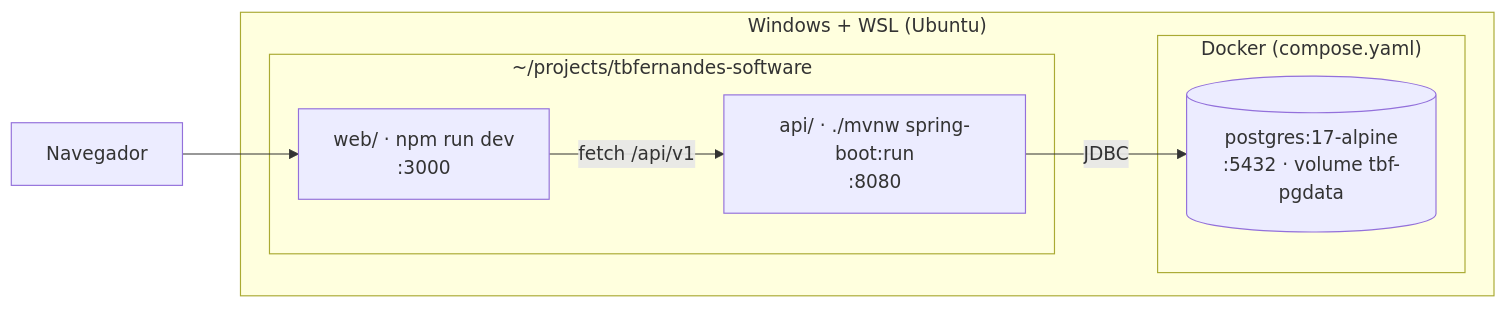
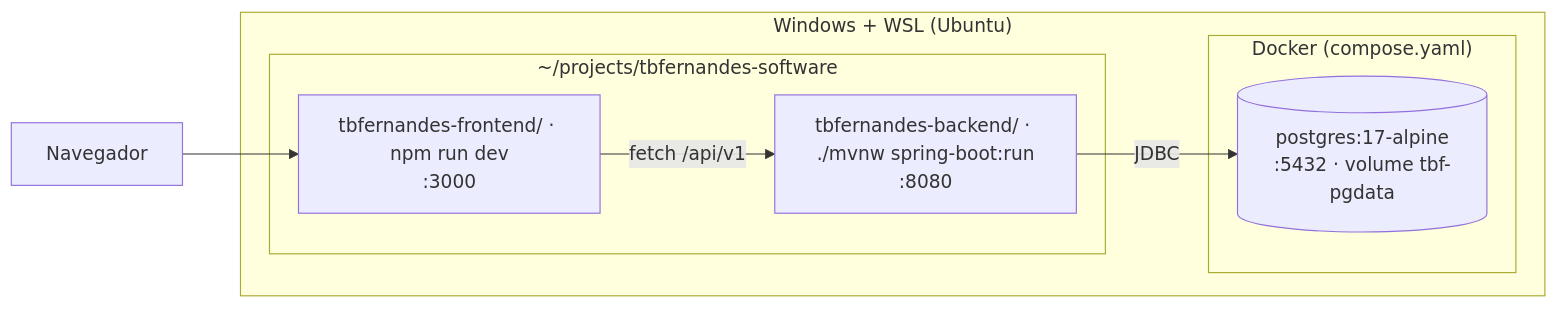
One commit to thiagobfernandes/tbfernandes-software changed the ninth of 9 diagrams in docs/backend/diagramas.md. Above: the diagram before and after it, drawn with Mermaid. The commit also changed other lines of this file and 454 other files, not shown here.

````diff
--- a/docs/backend/diagramas.md
+++ b/docs/backend/diagramas.md
@@ -426,15 +426,15 @@
 ```mermaid
 flowchart LR
     subgraph pc["Windows + WSL (Ubuntu)"]
         subgraph wsl["~/projects/tbfernandes-software"]
-            next["web/ · npm run dev<br/>:3000"]
-            boot["api/ · ./mvnw spring-boot:run<br/>:8080"]
+            next["tbfernandes-frontend/ · npm run dev<br/>:3000"]
+            boot["tbfernandes-backend/ · ./mvnw spring-boot:run<br/>:8080"]
         end
         subgraph docker["Docker (compose.yaml)"]
             pg[("postgres:17-alpine<br/>:5432 · volume tbf-pgdata")]
         end
     end
     browser["Navegador"] --> next
     next -- "fetch /api/v1" --> boot
     boot -- JDBC --> pg
 ```
````
